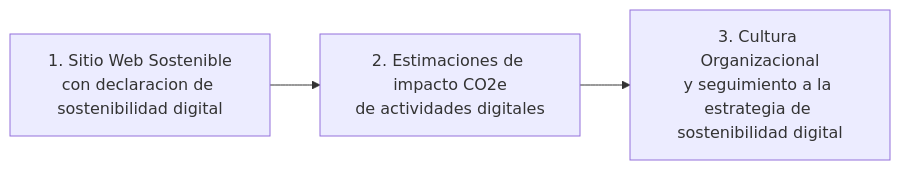
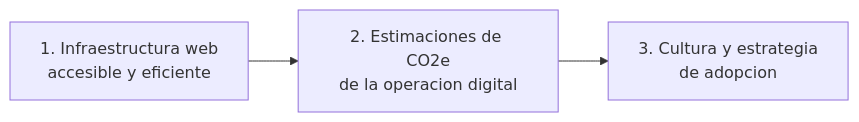
One commit to Interdato-SostenibilidadDigital/ESG---Sostenibilidad-Digital changed the diagram in README.md. Above: the diagram before and after it, drawn with Mermaid. The commit also changed other lines of this file and 7 other files, not shown here.

````diff
--- a/README.md
+++ b/README.md
@@ -35,8 +35,8 @@
 ```mermaid
 flowchart LR
-  A["1. Sitio Web Sostenible<br/>con declaracion de sostenibilidad digital"]
-  B["2. Estimaciones de impacto CO2e<br/>de actividades digitales"]
-  C["3. Cultura Organizacional<br/>y seguimiento a la estrategia de sostenibilidad digital"]
+  A["1. Infraestructura web<br/>accesible y eficiente"]
+  B["2. Estimaciones de CO2e<br/>de la operacion digital"]
+  C["3. Cultura y estrategia<br/>de adopcion"]
 
   A --> B --> C
 ```
````
